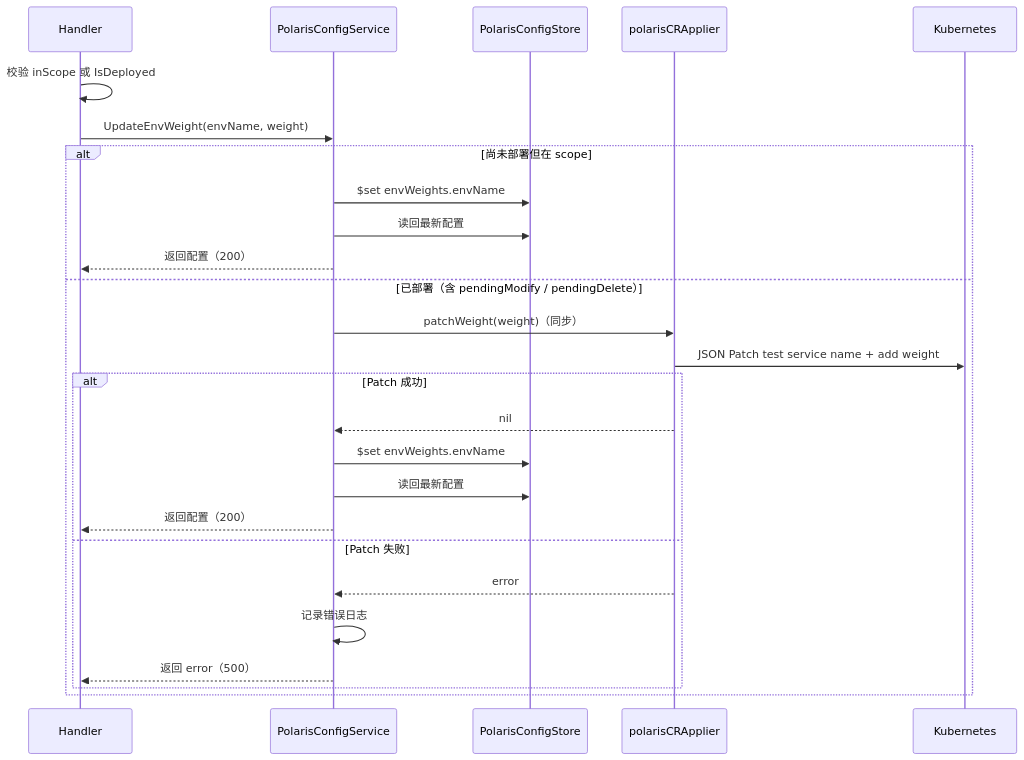
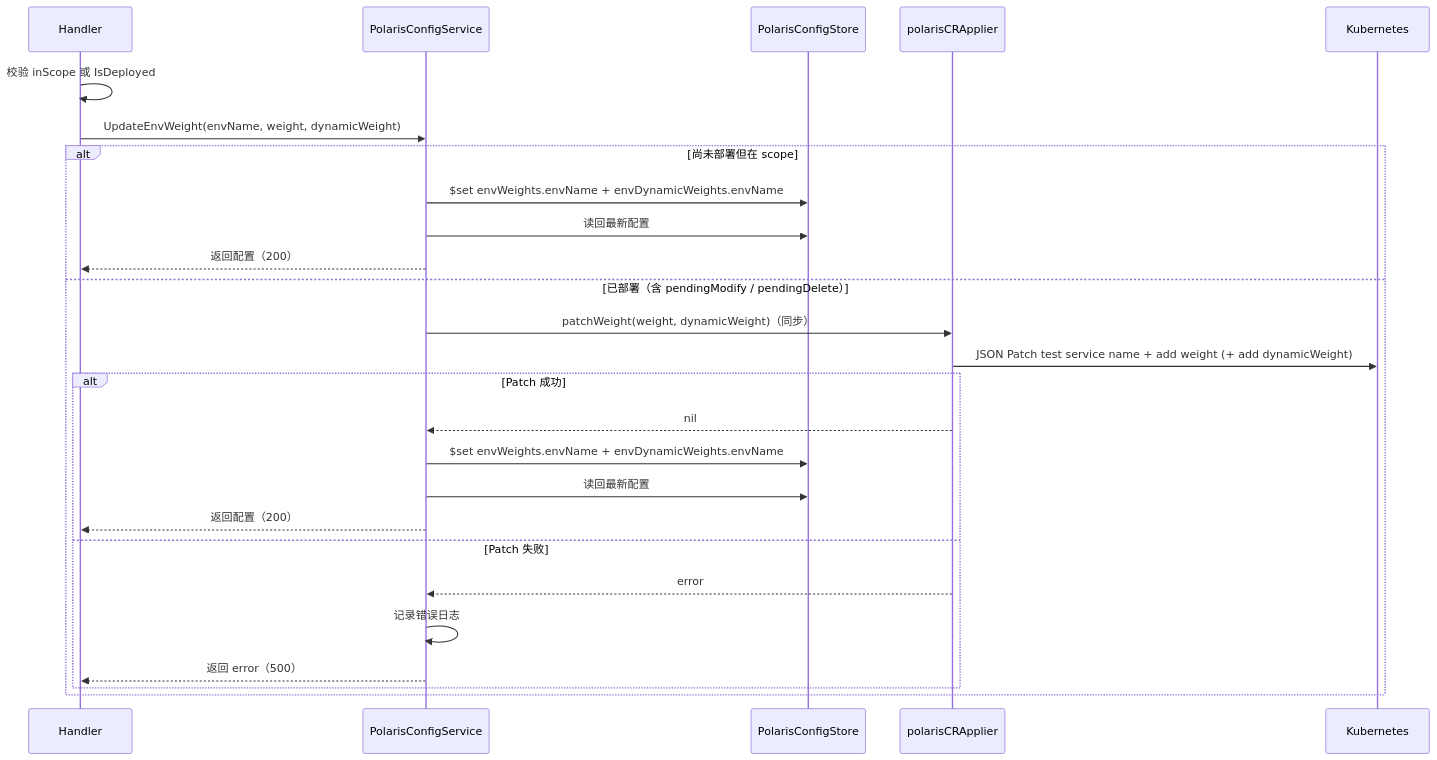
The fourth of 4 diagrams in bkms-server/design_notes/polaris_config_auto_sync.md (TencentBlueKing/blueking-service-governance), drawn with Mermaid before and after one commit. The commit also changed other lines of this file and 24 other files, not shown here.

````diff
--- a/bkms-server/design_notes/polaris_config_auto_sync.md
+++ b/bkms-server/design_notes/polaris_config_auto_sync.md
@@ -282,29 +317,29 @@
 ```mermaid
 sequenceDiagram
     participant API as Handler
     participant Service as PolarisConfigService
     participant Store as PolarisConfigStore
     participant Applier as polarisCRApplier
     participant K8s as Kubernetes
 
     API->>API: 校验 inScope 或 IsDeployed
-    API->>Service: UpdateEnvWeight(envName, weight)
+    API->>Service: UpdateEnvWeight(envName, weight, dynamicWeight)
     alt 尚未部署但在 scope
-        Service->>Store: $set envWeights.envName
+        Service->>Store: $set envWeights.envName + envDynamicWeights.envName
         Service->>Store: 读回最新配置
         Service-->>API: 返回配置（200）
     else 已部署（含 pendingModify / pendingDelete）
-        Service->>Applier: patchWeight(weight)（同步）
-        Applier->>K8s: JSON Patch test service name + add weight
+        Service->>Applier: patchWeight(weight, dynamicWeight)（同步）
+        Applier->>K8s: JSON Patch test service name + add weight (+ add dynamicWeight)
         alt Patch 成功
             Applier-->>Service: nil
-            Service->>Store: $set envWeights.envName
+            Service->>Store: $set envWeights.envName + envDynamicWeights.envName
             Service->>Store: 读回最新配置
             Service-->>API: 返回配置（200）
         else Patch 失败
             Applier-->>Service: error
             Service->>Service: 记录错误日志
             Service-->>API: 返回 error（500）
         end
     end
 ```
````
